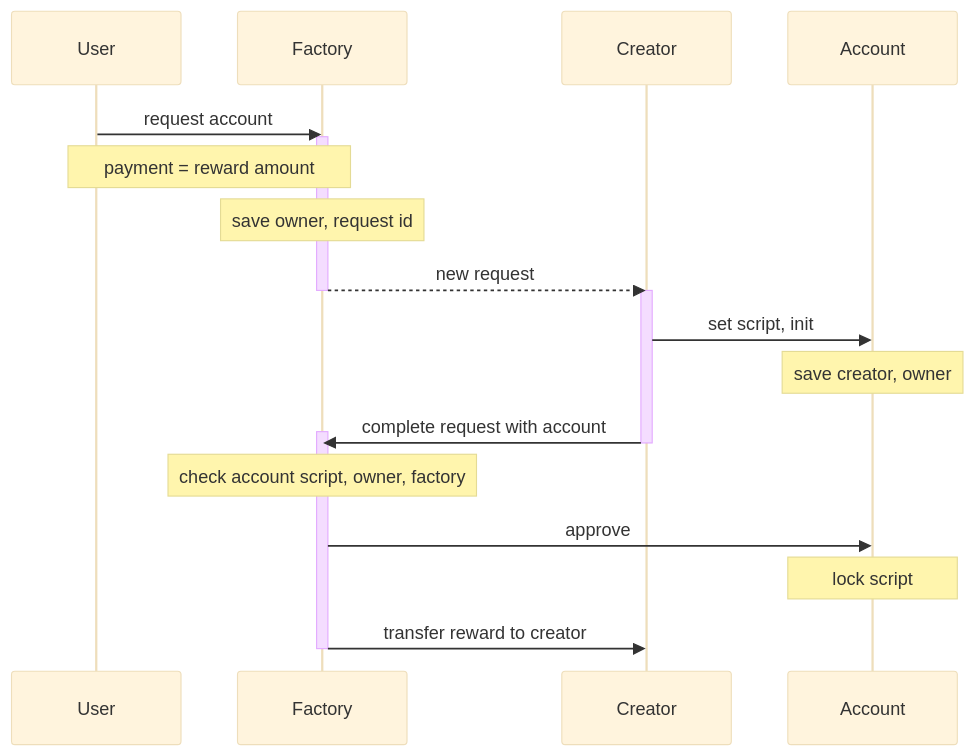
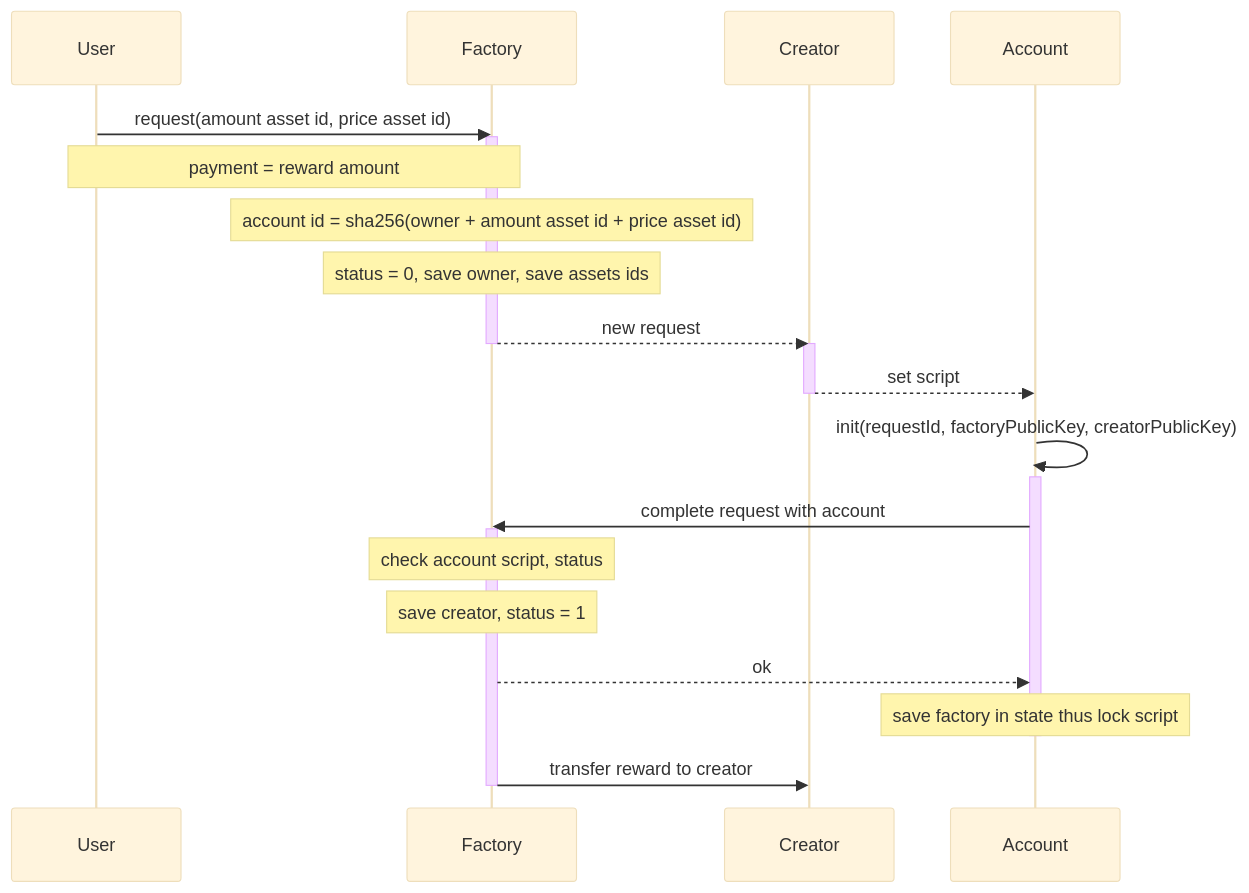
The first of 2 diagrams in ride/grid-trading/info.md (waves-exchange/contracts), drawn with Mermaid (base theme) before and after one commit.

Commit message:
refactor

````diff
--- a/ride/grid-trading/info.md
+++ b/ride/grid-trading/info.md
@@ -43,20 +43,24 @@
 ```mermaid
 sequenceDiagram
-  User ->> Factory: request account
+  User ->> Factory: request(amount asset id, price asset id)
   activate Factory
   Note over User, Factory: payment = reward amount
-  Note over Factory: save owner, request id
+  Note over Factory: account id = sha256(owner + amount asset id + price asset id)
+  Note over Factory: status = 0, save owner, save assets ids
   Factory -->> Creator: new request
   deactivate Factory
   activate Creator
-  Creator ->> Account: set script, init
-  Note over Account: save creator, owner
-  Creator ->> Factory: complete request with account
+  Creator -->> Account: set script
+  deactivate Creator
+  Account ->> Account: init(requestId, factoryPublicKey, creatorPublicKey)
+  activate Account
+  Account ->> Factory: complete request with account
   activate Factory
-  deactivate Creator
-  Note over Factory: check account script, owner, factory
-  Factory ->> Account: approve
-  Note over Account: lock script
+  Note over Factory: check account script, status
+  Note over Factory: save creator, status = 1
+  Factory -->> Account: ok
+  Note over Account: save factory in state thus lock script
+  deactivate Account
   Factory ->> Creator: transfer reward to creator
   deactivate Factory
 ```
````
